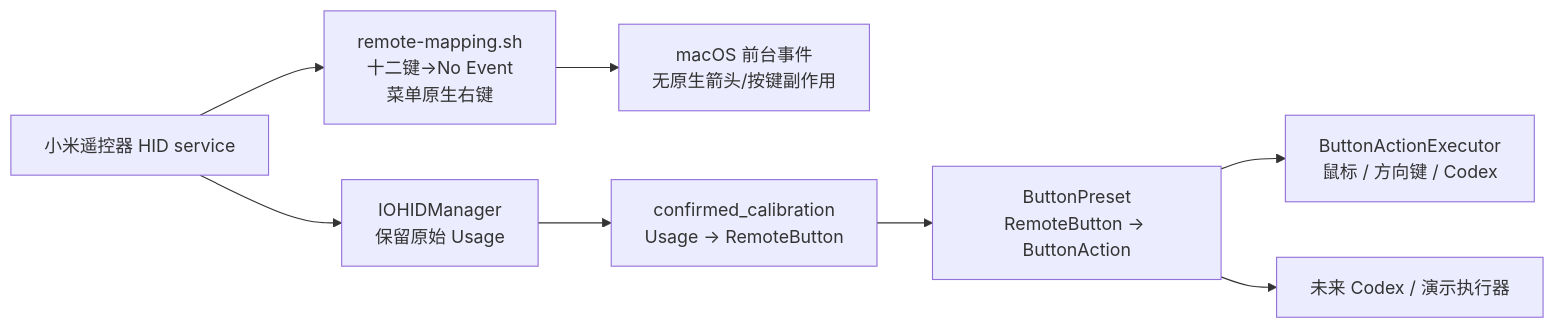
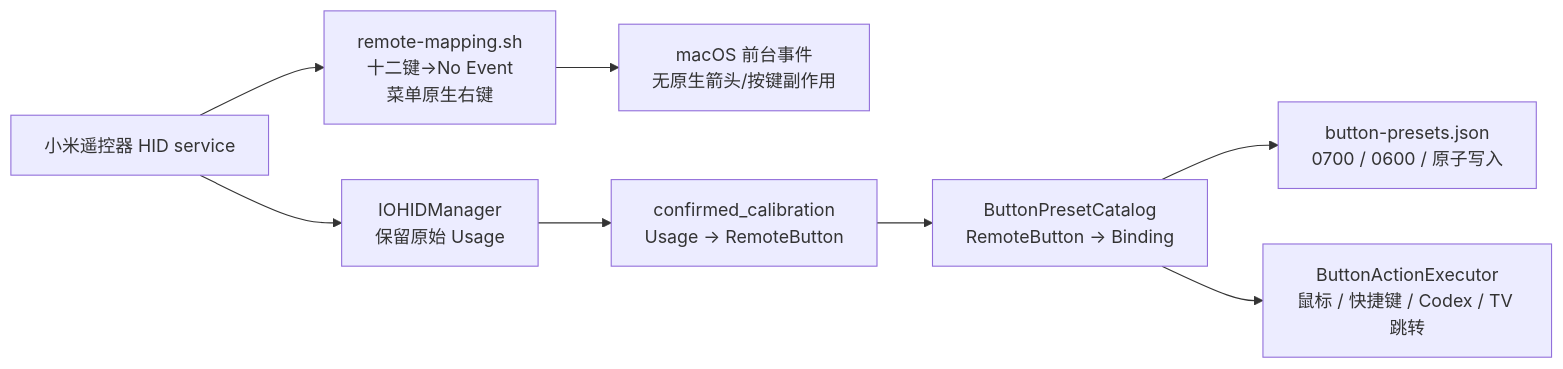
Before and after one commit to fanxeon/mi-ao: the diagram in docs/ARCHITECTURE.md, drawn with Mermaid. The commit also changed other lines of this file and 20 other files, not shown here.

````diff
--- a/docs/ARCHITECTURE.md
+++ b/docs/ARCHITECTURE.md
@@ -21,10 +21,10 @@
 ```mermaid
 flowchart LR
     REMOTE["小米遥控器 HID service"] --> HID["IOHIDManager<br/>保留原始 Usage"]
     REMOTE --> NEUTRAL["remote-mapping.sh<br/>十二键→No Event<br/>菜单原生右键"]
     NEUTRAL --> MACOS["macOS 前台事件<br/>无原生箭头/按键副作用"]
     HID --> CAL["confirmed_calibration<br/>Usage → RemoteButton"]
-    CAL --> PRESET["ButtonPreset<br/>RemoteButton → ButtonAction"]
-    PRESET --> EXECUTOR["ButtonActionExecutor<br/>鼠标 / 方向键 / Codex"]
-    PRESET --> FUTURE["未来 Codex / 演示执行器"]
+    CAL --> PRESET["ButtonPresetCatalog<br/>RemoteButton → Binding"]
+    PRESET --> STORE["button-presets.json<br/>0700 / 0600 / 原子写入"]
+    PRESET --> EXECUTOR["ButtonActionExecutor<br/>鼠标 / 快捷键 / Codex / TV 跳转"]
 ```
````
